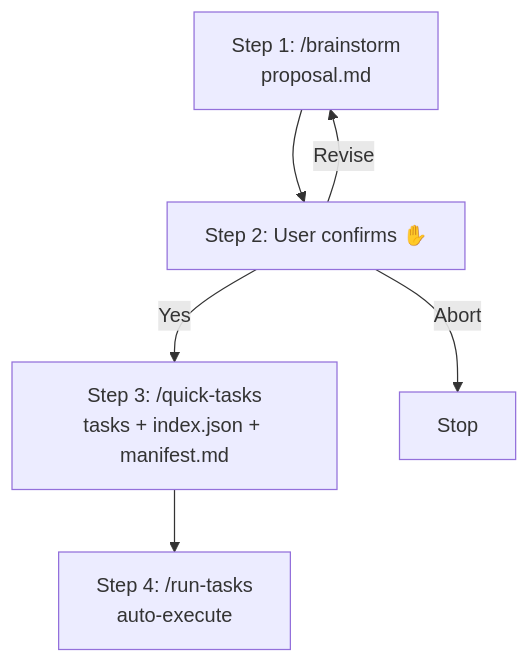
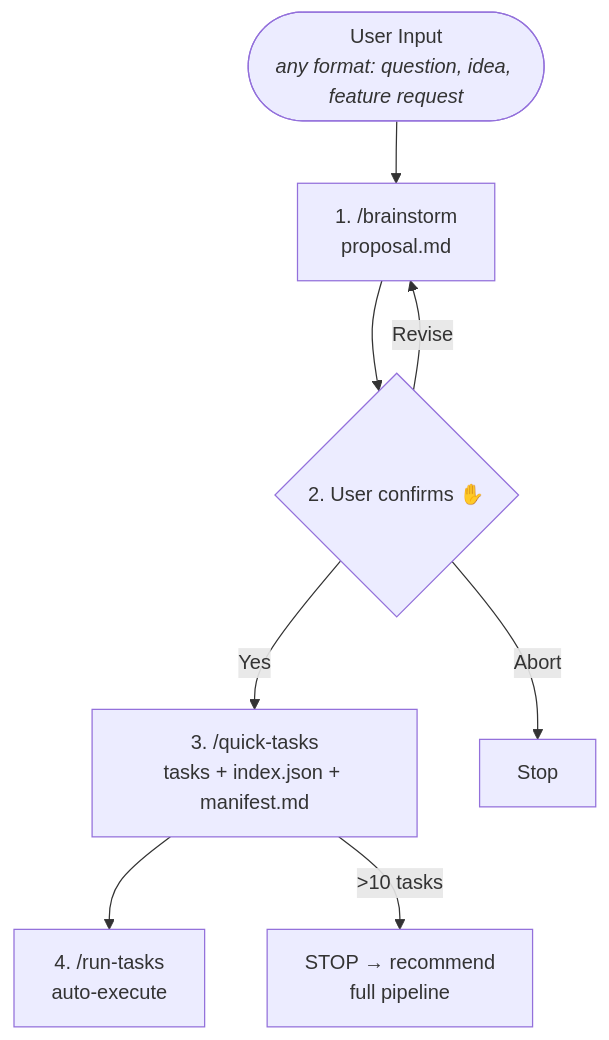
Before and after one commit to bigfaner/forge: the diagram in plugins/forge/commands/quick.md, drawn with Mermaid. The commit also changed other lines of this file and 1 other file, not shown here.

First line of the commit message:
fix(quick): add anti-bypass rule and restructure per run-tasks pattern

````diff
--- a/plugins/forge/commands/quick.md
+++ b/plugins/forge/commands/quick.md
@@ -13,8 +13,10 @@
 ```mermaid
 flowchart TD
-    A["Step 1: /brainstorm<br>proposal.md"] --> B["Step 2: User confirms ✋"]
-    B -->|"Yes"| C["Step 3: /quick-tasks<br>tasks + index.json + manifest.md"]
+    INPUT(["User Input<br><i>any format: question, idea, feature request</i>"]) --> A
+    A["1. /brainstorm<br>proposal.md"] --> B{"2. User confirms ✋"}
+    B -->|"Yes"| C["3. /quick-tasks<br>tasks + index.json + manifest.md"]
     B -->|"Revise"| A
     B -->|"Abort"| STOP["Stop"]
-    C --> D["Step 4: /run-tasks<br>auto-execute"]
+    C --> D["4. /run-tasks<br>auto-execute"]
+    C -->|">10 tasks"| FULL["STOP → recommend<br>full pipeline"]
 ```
````
